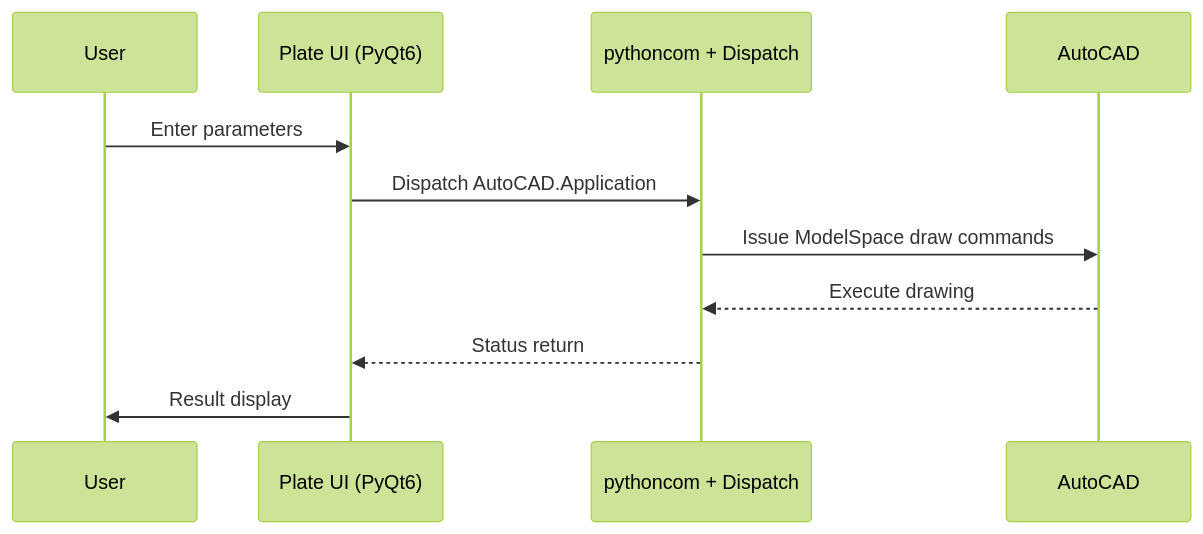
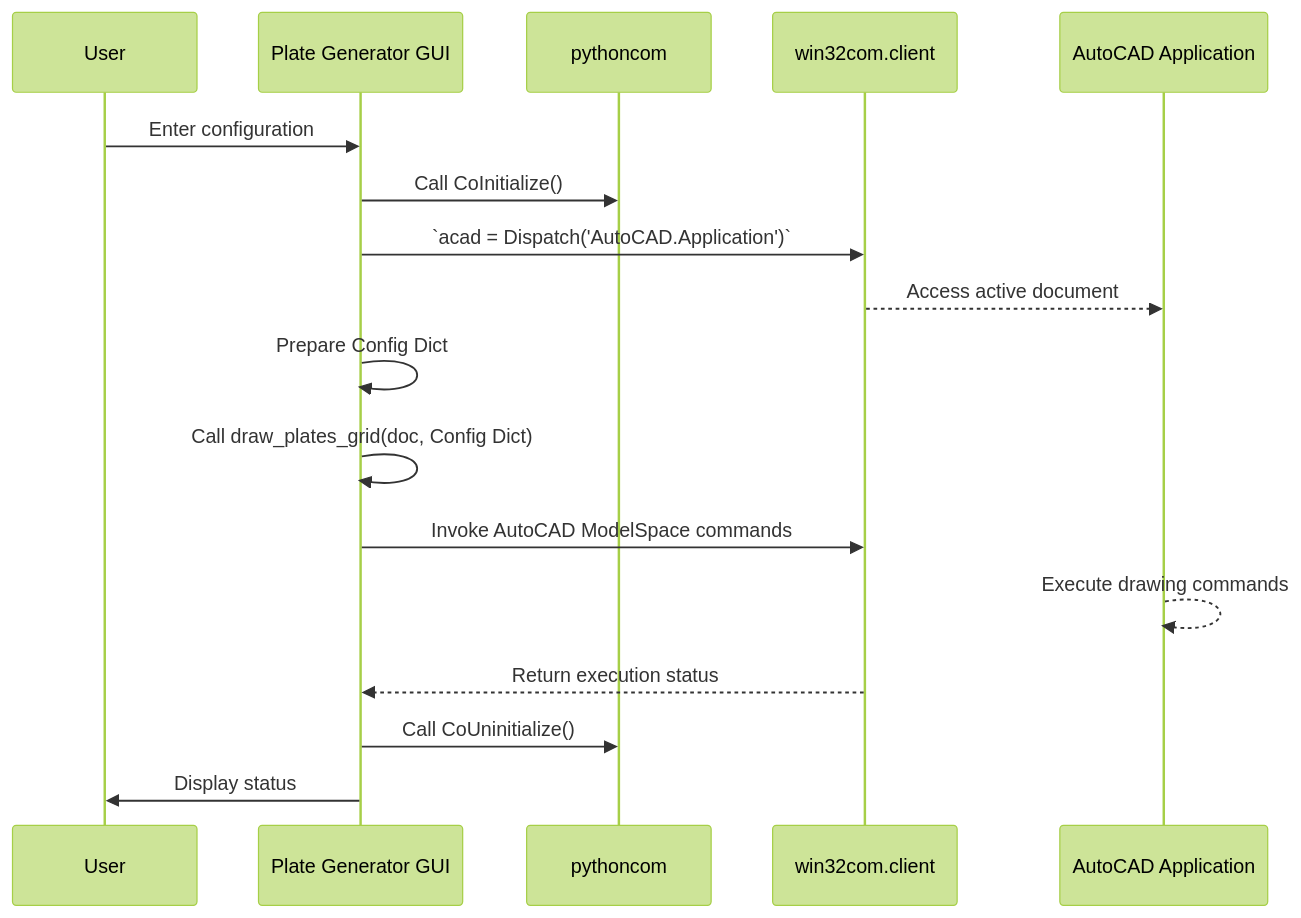
One commit to aamitn/plategen changed the second of 4 diagrams in README.md. Above: the diagram before and after it, drawn with Mermaid (forest theme). The commit also changed other lines of this file, not shown here.

````diff
--- a/README.md
+++ b/README.md
@@ -112,14 +116,20 @@
 ```mermaid
 sequenceDiagram
     participant U as User
-    participant GUI as Plate UI (PyQt6)
-    participant COM as pythoncom + Dispatch
-    participant CAD as AutoCAD
+    participant G as Plate Generator GUI
+    participant P as pythoncom
+    participant C as win32com.client
+    participant A as AutoCAD Application
 
-    U ->> GUI: Enter parameters
-    GUI ->> COM: Dispatch AutoCAD.Application
-    COM ->> CAD: Issue ModelSpace draw commands
-    CAD -->> COM: Execute drawing
-    COM -->> GUI: Status return
-    GUI ->> U: Result display
+    U->>G: Enter configuration
+    G->>P: Call CoInitialize()
+    G->>C: `acad = Dispatch('AutoCAD.Application')`
+    C-->>A: Access active document
+    G->>G: Prepare Config Dict
+    G->>G: Call draw_plates_grid(doc, Config Dict)
+    G->>C: Invoke AutoCAD ModelSpace commands
+    A-->>A: Execute drawing commands
+    C-->>G: Return execution status
+    G->>P: Call CoUninitialize()
+    G->>U: Display status
 ```
````
